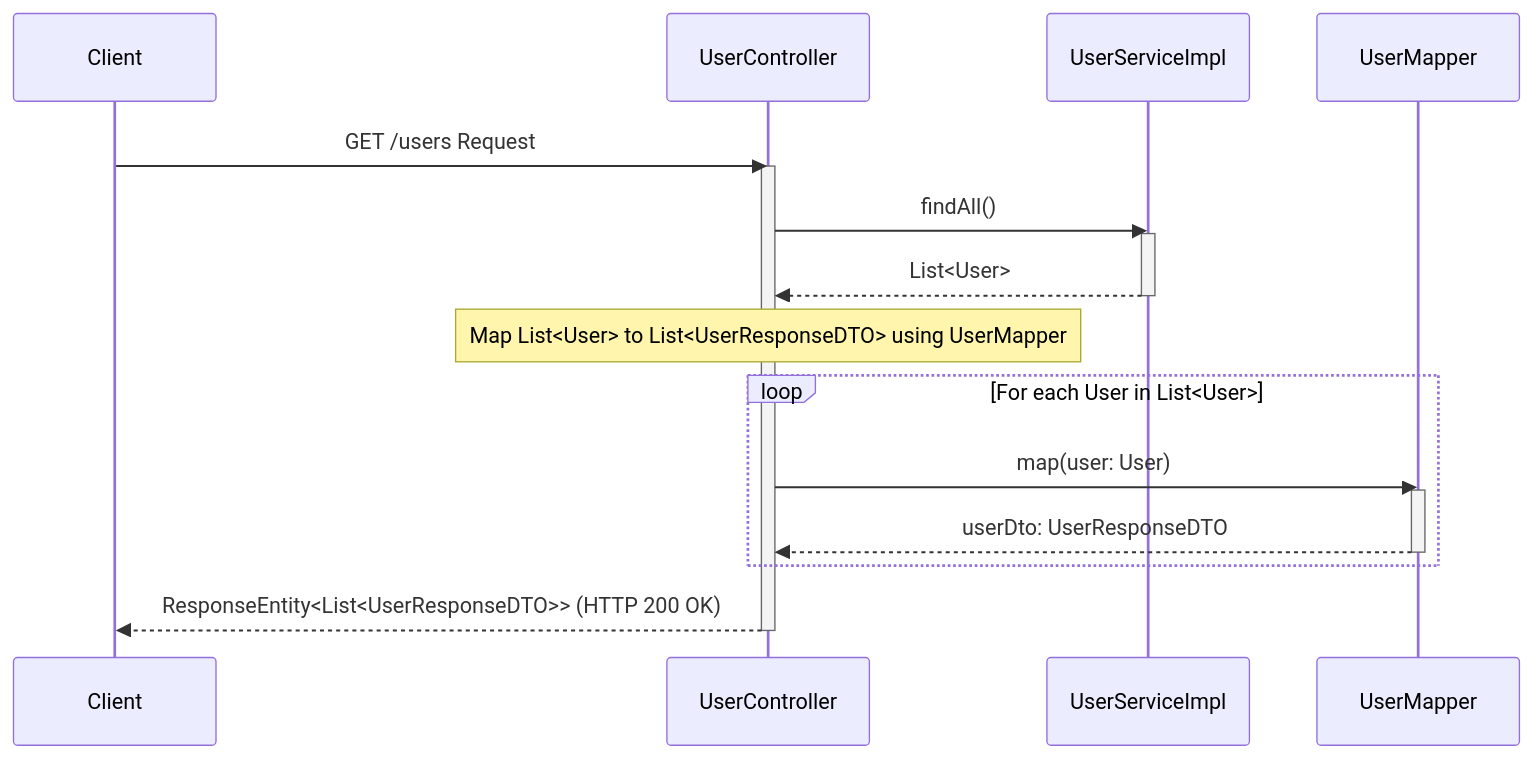
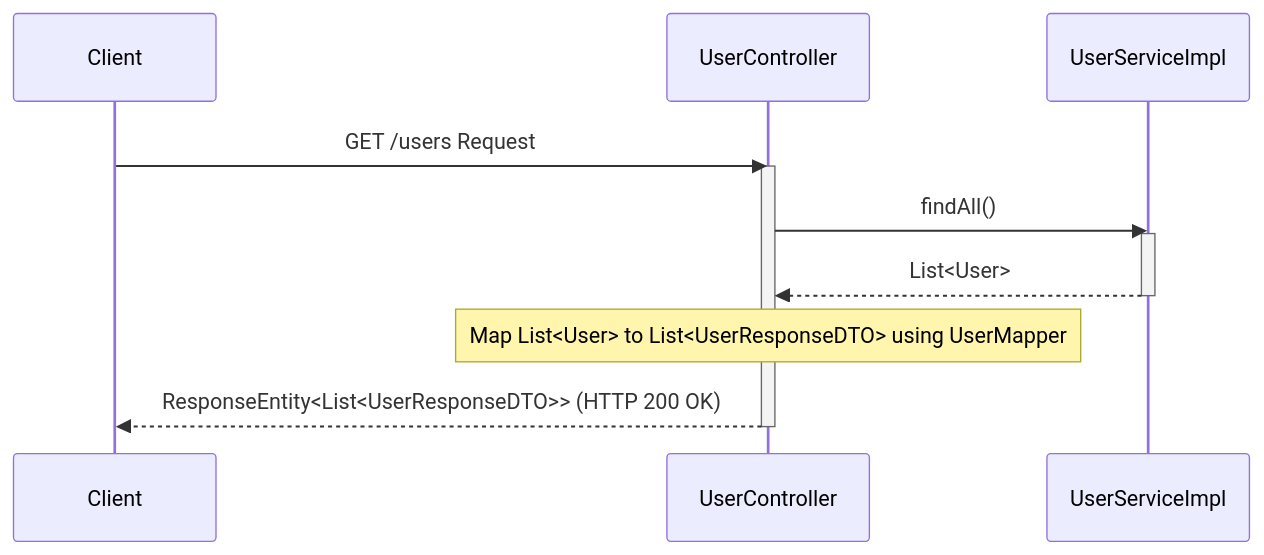
Before and after one commit to franBec/springboot-docs: the diagram in docs/lets-create-a-spring-boot-project/creating-your-first-endpoint.md, drawn with Mermaid. The commit also changed other lines of this file and 1 other file, not shown here.

Commit message:
Streamline sequence diagrams and text explanations.
Simplified the Mermaid sequence diagrams by removing `UserMapper` and clarified corresponding textual explanations for better readability and alignment. This provides a cleaner, more concise representation of the request flow.

````diff
--- a/docs/lets-create-a-spring-boot-project/creating-your-first-endpoint.md
+++ b/docs/lets-create-a-spring-boot-project/creating-your-first-endpoint.md
@@ -262,28 +262,20 @@
 ```mermaid
 sequenceDiagram
-  participant Client
-  participant UserController
-  participant UserServiceImpl
-  participant UserMapper
+    participant Client
+    participant UserController
+    participant UserServiceImpl
 
-Client->>UserController: GET /users Request
-activate UserController
+    Client->>UserController: GET /users Request
+    activate UserController
 
-UserController->>UserServiceImpl: findAll()
-activate UserServiceImpl
+    UserController->>UserServiceImpl: findAll()
+    activate UserServiceImpl
 
-UserServiceImpl-->>UserController: List<User>
-deactivate UserServiceImpl
+    UserServiceImpl-->>UserController: List<User>
+    deactivate UserServiceImpl
 
-Note over UserController: Map List<User> to List<UserResponseDTO> using UserMapper
+    Note over UserController: Map List<User> to List<UserResponseDTO> using UserMapper
 
-loop For each User in List<User>
-UserController->>UserMapper: map(user: User)
-activate UserMapper
-UserMapper-->>UserController: userDto: UserResponseDTO
-deactivate UserMapper
-end
-
-UserController-->>Client: ResponseEntity<List<UserResponseDTO>> (HTTP 200 OK)
-deactivate UserController
+    UserController-->>Client: ResponseEntity<List<UserResponseDTO>> (HTTP 200 OK)
+    deactivate UserController
 ```
````
